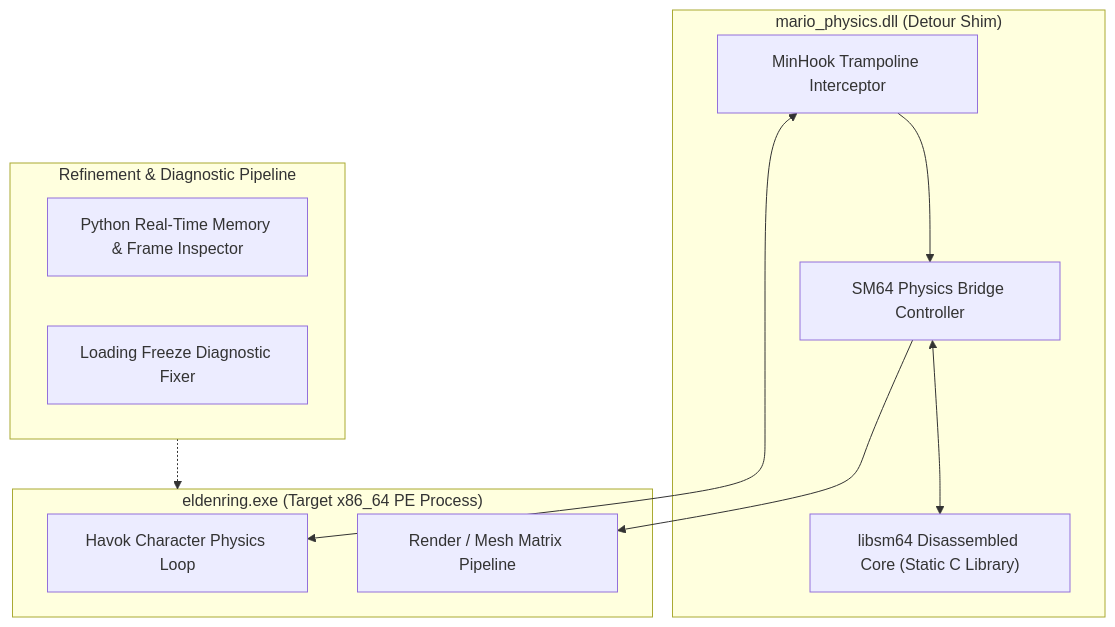
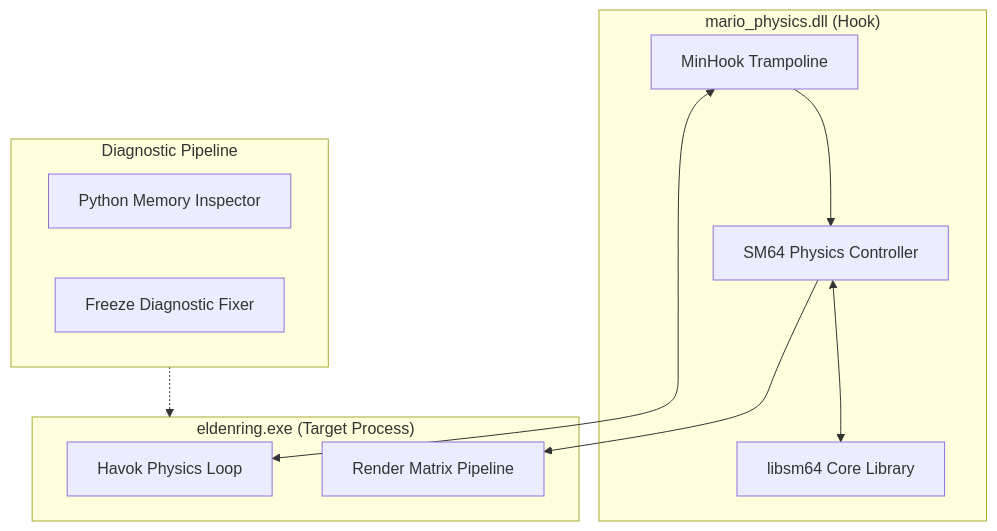
The diagram in README.md (welzim19-star/mario-physics-hook), drawn with Mermaid before and after one commit. The commit also changed 1 other file, not shown here.

Commit message:
fix(diagram): streamline Mermaid node labels to eliminate clipping

````diff
--- a/README.md
+++ b/README.md
@@ -22,25 +22,25 @@
 ```mermaid
 flowchart TD
-    subgraph PROCESS["eldenring.exe (Target x86_64 PE Process)"]
-        Havok["Havok Character Physics Loop"]
-        Render["Render / Mesh Matrix Pipeline"]
+    subgraph PROCESS["eldenring.exe (Target Process)"]
+        Havok["Havok Physics Loop"]
+        Render["Render Matrix Pipeline"]
     end
 
-    subgraph INJECTED_DLL["mario_physics.dll (Detour Shim)"]
-        MinHook["MinHook Trampoline Interceptor"]
-        Bridge["SM64 Physics Bridge Controller"]
-        SM64["libsm64 Disassembled Core (Static C Library)"]
+    subgraph INJECTED_DLL["mario_physics.dll (Hook)"]
+        MinHook["MinHook Trampoline"]
+        Bridge["SM64 Physics Controller"]
+        SM64["libsm64 Core Library"]
         
         MinHook <--> Havok
         MinHook --> Bridge
         Bridge <--> SM64
         Bridge --> Render
     end
 
-    subgraph SCRIPTS["Refinement & Diagnostic Pipeline"]
-        PyCapture["Python Real-Time Memory & Frame Inspector"]
-        PyFreezeFix["Loading Freeze Diagnostic Fixer"]
+    subgraph SCRIPTS["Diagnostic Pipeline"]
+        PyCapture["Python Memory Inspector"]
+        PyFreezeFix["Freeze Diagnostic Fixer"]
     end
 
     SCRIPTS -.-> PROCESS
 ```
````
